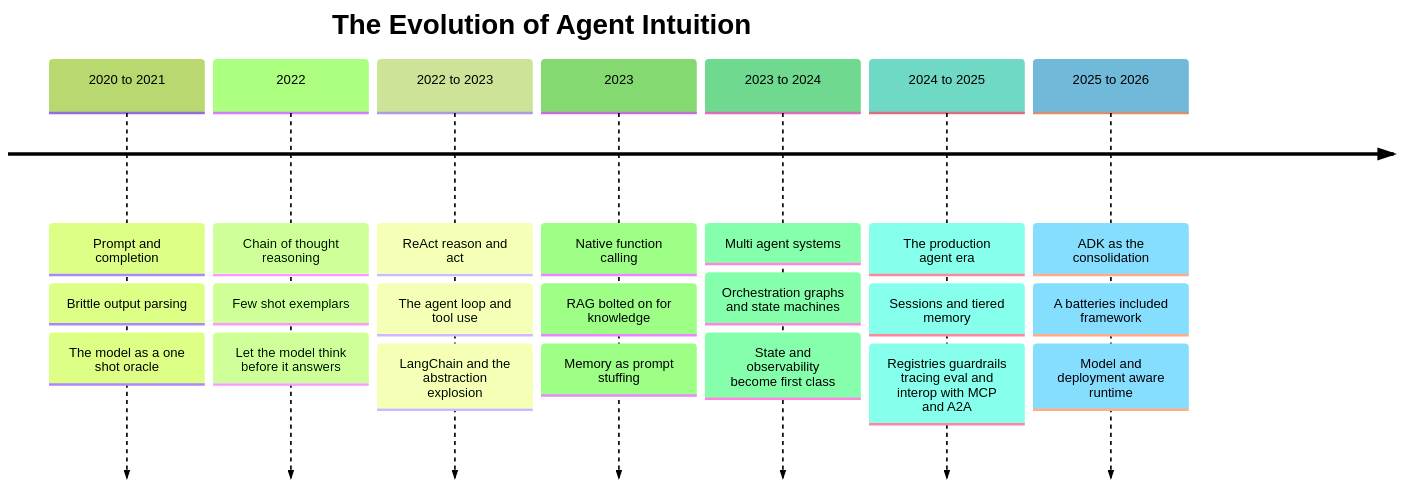
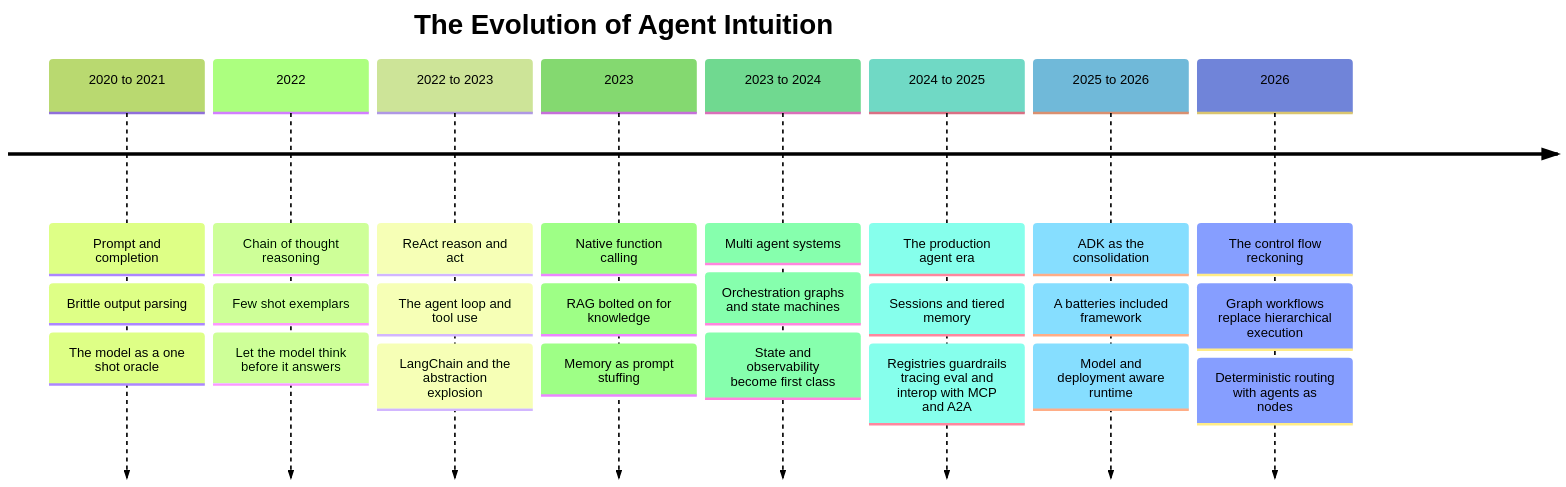
One commit to JuanLara18/portfolio changed the first of 4 diagrams in front/public/blog/posts/field-notes/adk-advanced-evolution-of-agent-engineering.md. Above: the diagram before and after it, drawn with Mermaid (forest theme). The commit also changed other lines of this file and 2 other files, not shown here.

````diff
--- a/front/public/blog/posts/field-notes/adk-advanced-evolution-of-agent-engineering.md
+++ b/front/public/blog/posts/field-notes/adk-advanced-evolution-of-agent-engineering.md
@@ -29,11 +31,12 @@
 ```mermaid
 timeline
     title The Evolution of Agent Intuition
     2020 to 2021 : Prompt and completion : Brittle output parsing : The model as a one shot oracle
     2022 : Chain of thought reasoning : Few shot exemplars : Let the model think before it answers
     2022 to 2023 : ReAct reason and act : The agent loop and tool use : LangChain and the abstraction explosion
     2023 : Native function calling : RAG bolted on for knowledge : Memory as prompt stuffing
     2023 to 2024 : Multi agent systems : Orchestration graphs and state machines : State and observability become first class
     2024 to 2025 : The production agent era : Sessions and tiered memory : Registries guardrails tracing eval and interop with MCP and A2A
     2025 to 2026 : ADK as the consolidation : A batteries included framework : Model and deployment aware runtime
+    2026 : The control flow reckoning : Graph workflows replace hierarchical execution : Deterministic routing with agents as nodes
 ```
````
